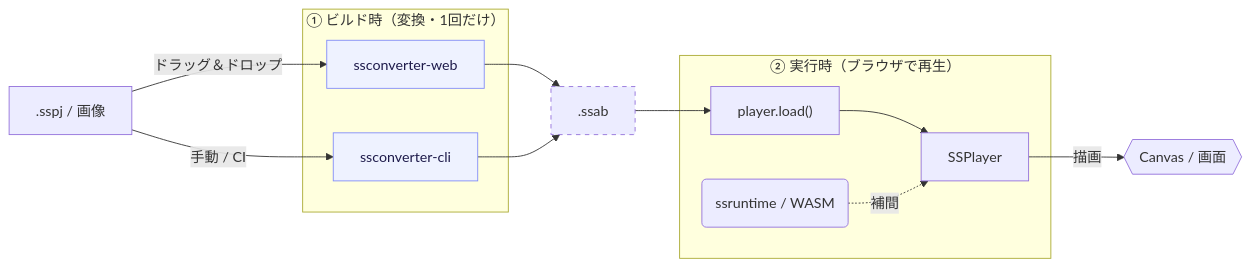
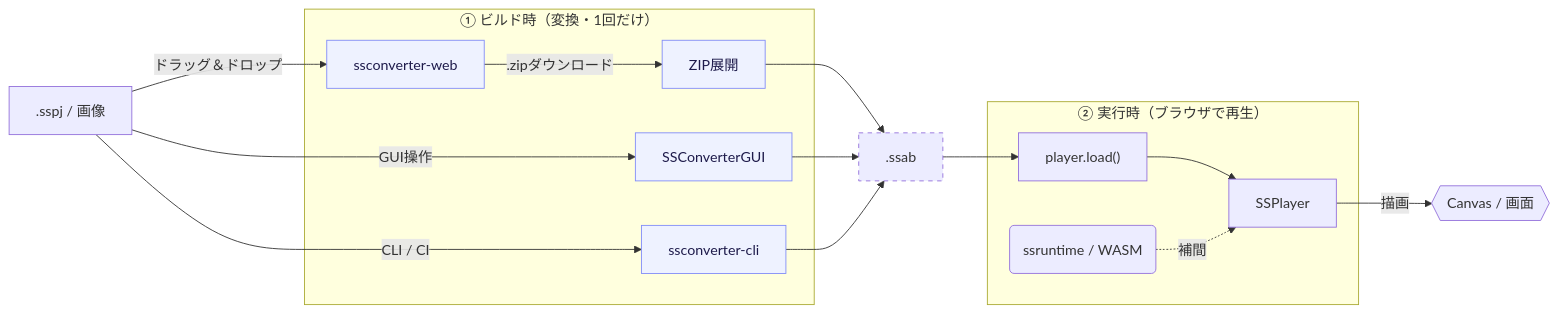
The diagram in docs/index.md (cri-middleware/SSPlayerForWeb), drawn with Mermaid before and after one commit. The commit also changed other lines of this file and 5 other files, not shown here.

````diff
--- a/docs/index.md
+++ b/docs/index.md
@@ -50,30 +52,38 @@
 ```mermaid
 graph LR
     SS[".sspj / 画像"]
 
     subgraph Build ["① ビルド時（変換・1回だけ）"]
         WEB["ssconverter-web"]
+        UNZIP["ZIP展開"]
+        GUI["SSConverterGUI"]
         CLI["ssconverter-cli"]
     end
 
     BIN[".ssab"]
 
     subgraph Run ["② 実行時（ブラウザで再生）"]
         LOAD["player.load()"] --> PLAYER["SSPlayer"]
         RT("ssruntime / WASM") -. "補間" .-> PLAYER
     end
 
     CANVAS{{"Canvas / 画面"}}
 
     SS -->|"ドラッグ＆ドロップ"| WEB
-    SS -->|"手動 / CI"| CLI
-    WEB --> BIN
+    WEB -->|".zipダウンロード"| UNZIP
+    UNZIP --> BIN
+    
+    SS -->|"GUI操作"| GUI
+    GUI --> BIN
+    
+    SS -->|"CLI / CI"| CLI
     CLI --> BIN
+    
     BIN --> LOAD
     PLAYER -->|"描画"| CANVAS
 
     classDef gen stroke-dasharray:5 5;
     class BIN gen;
     classDef tool fill:#eef2ff,stroke:#818cf8,color:#1e1b4b;
-    class WEB,CLI tool;
+    class WEB,UNZIP,GUI,CLI tool;
 ```
````
